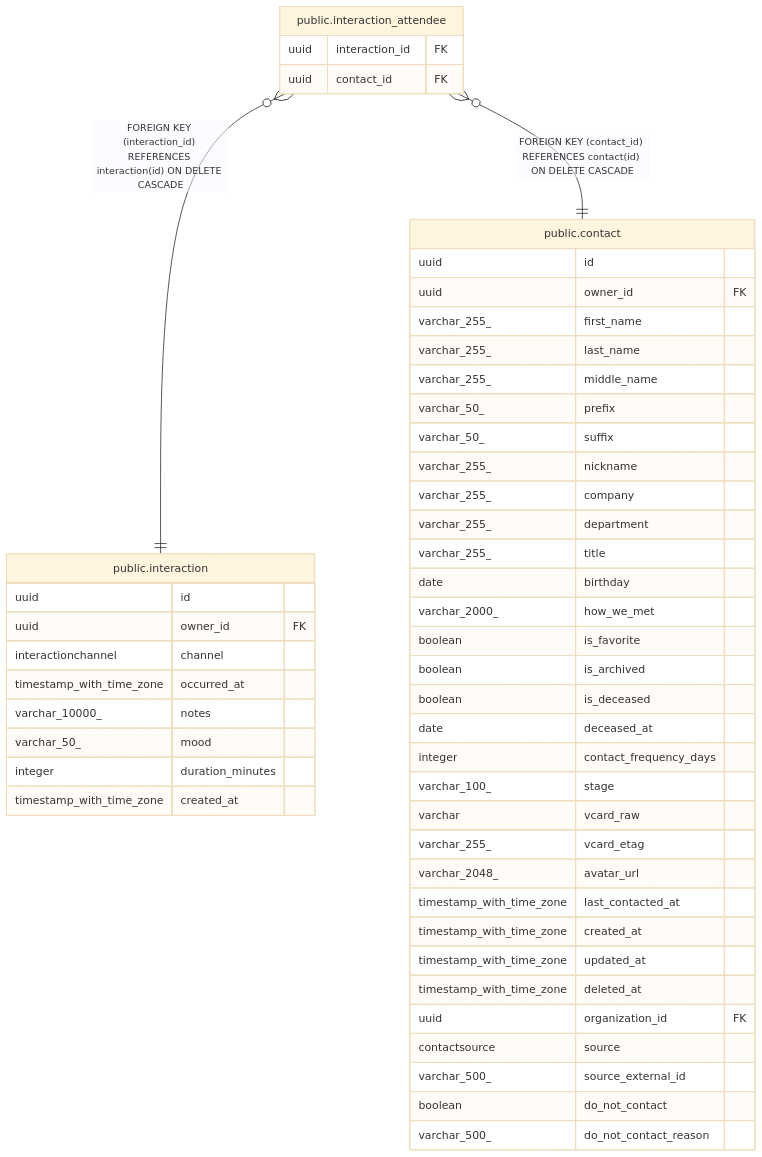
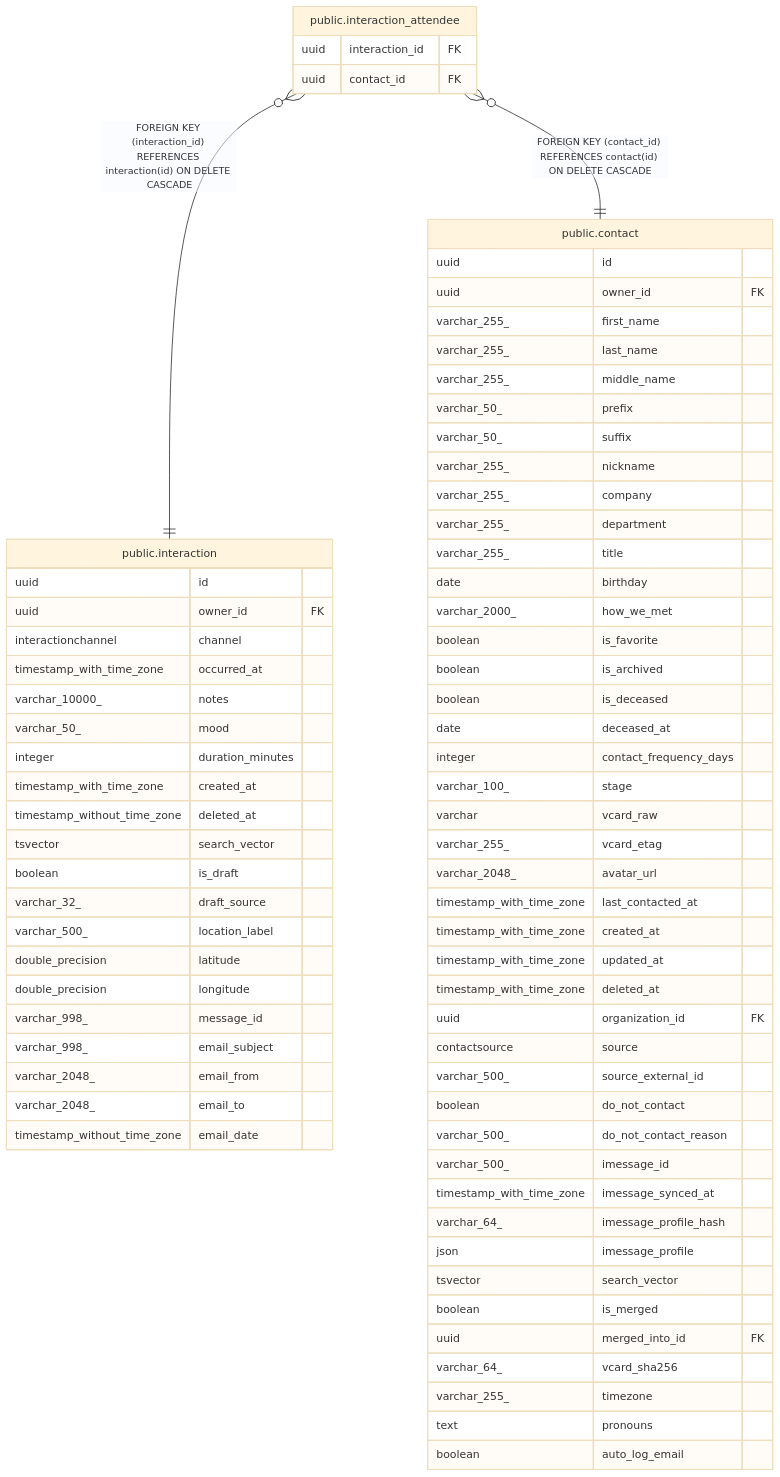
Before and after one commit to pike00/Kindred: the diagram in docs/db/public.interaction_attendee.md, drawn with Mermaid (base theme). The commit also changed 32 other files, not shown here.

Commit message:
docs: regenerate db schema docs (tbls) — sync with live schema

````diff
--- a/docs/db/public.interaction_attendee.md
+++ b/docs/db/public.interaction_attendee.md
@@ -33,54 +33,77 @@
 ```mermaid
 erDiagram
 
 "public.interaction_attendee" }o--|| "public.interaction" : "FOREIGN KEY (interaction_id) REFERENCES interaction(id) ON DELETE CASCADE"
 "public.interaction_attendee" }o--|| "public.contact" : "FOREIGN KEY (contact_id) REFERENCES contact(id) ON DELETE CASCADE"
 
 "public.interaction_attendee" {
   uuid interaction_id FK
   uuid contact_id FK
 }
 "public.interaction" {
   uuid id
   uuid owner_id FK
   interactionchannel channel
   timestamp_with_time_zone occurred_at
   varchar_10000_ notes
   varchar_50_ mood
   integer duration_minutes
   timestamp_with_time_zone created_at
+  timestamp_without_time_zone deleted_at
+  tsvector search_vector
+  boolean is_draft
+  varchar_32_ draft_source
+  varchar_500_ location_label
+  double_precision latitude
+  double_precision longitude
+  varchar_998_ message_id
+  varchar_998_ email_subject
+  varchar_2048_ email_from
+  varchar_2048_ email_to
+  timestamp_without_time_zone email_date
 }
 "public.contact" {
   uuid id
   uuid owner_id FK
   varchar_255_ first_name
   varchar_255_ last_name
   varchar_255_ middle_name
   varchar_50_ prefix
   varchar_50_ suffix
   varchar_255_ nickname
   varchar_255_ company
   varchar_255_ department
   varchar_255_ title
   date birthday
   varchar_2000_ how_we_met
   boolean is_favorite
   boolean is_archived
   boolean is_deceased
   date deceased_at
   integer contact_frequency_days
   varchar_100_ stage
   varchar vcard_raw
   varchar_255_ vcard_etag
   varchar_2048_ avatar_url
   timestamp_with_time_zone last_contacted_at
   timestamp_with_time_zone created_at
   timestamp_with_time_zone updated_at
   timestamp_with_time_zone deleted_at
   uuid organization_id FK
   contactsource source
   varchar_500_ source_external_id
   boolean do_not_contact
   varchar_500_ do_not_contact_reason
+  varchar_500_ imessage_id
+  timestamp_with_time_zone imessage_synced_at
+  varchar_64_ imessage_profile_hash
+  json imessage_profile
+  tsvector search_vector
+  boolean is_merged
+  uuid merged_into_id FK
+  varchar_64_ vcard_sha256
+  varchar_255_ timezone
+  text pronouns
+  boolean auto_log_email
 }
 ```
````
